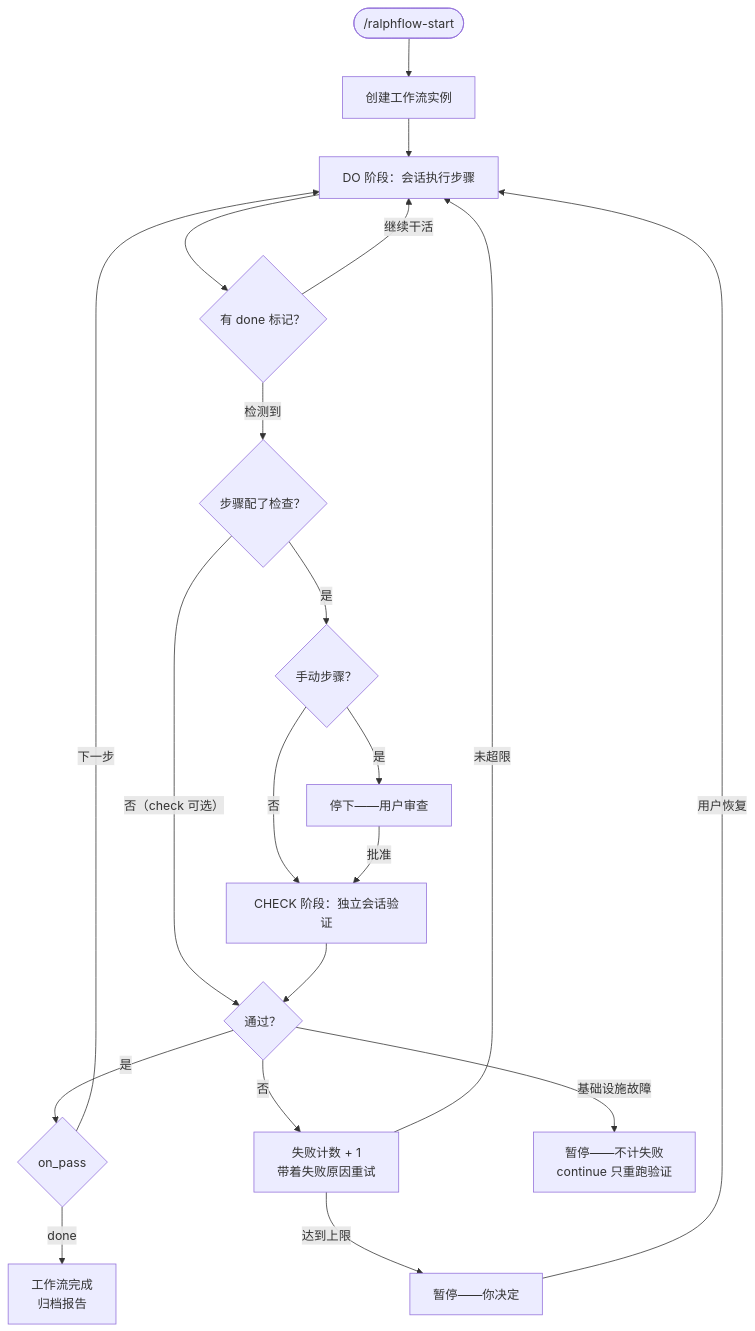
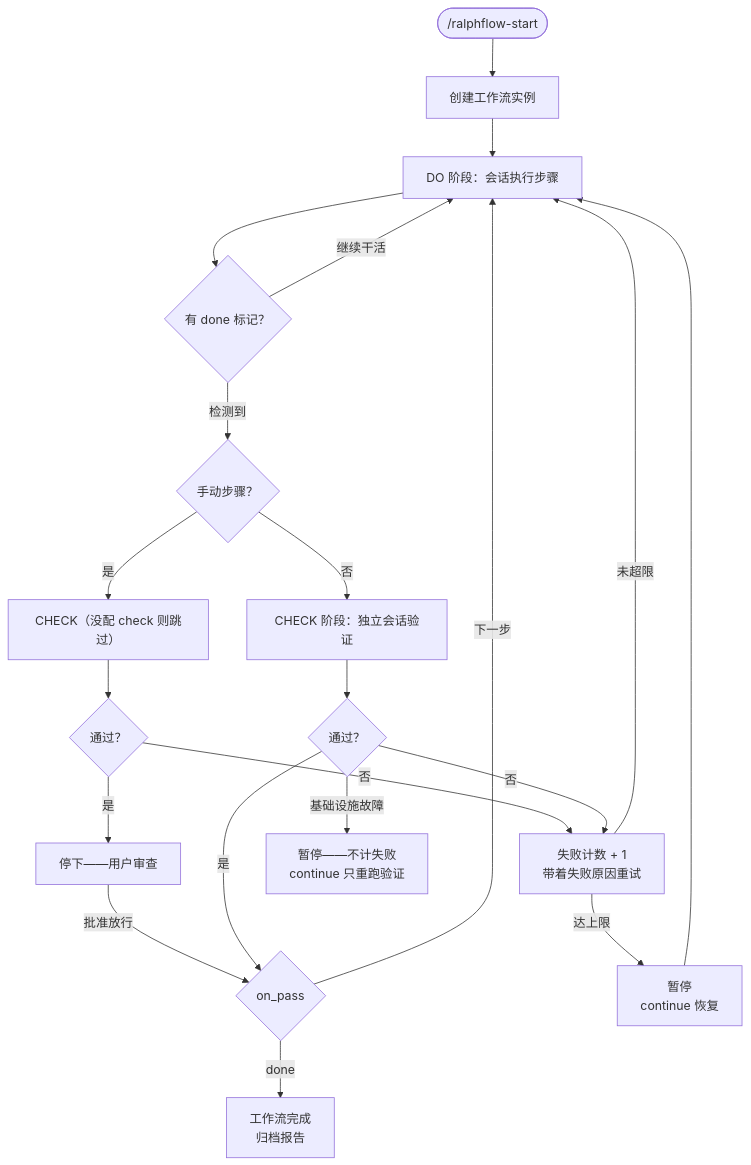
The first of 3 diagrams in src/data/readme/yibener--ralph-flow.md (qunqin24/opendock), drawn with Mermaid before and after one commit. The commit also changed other lines of this file and 51 other files, not shown here.

````diff
--- a/src/data/readme/yibener--ralph-flow.md
+++ b/src/data/readme/yibener--ralph-flow.md
@@ -21,22 +21,23 @@
 ```mermaid
 flowchart TD
     Start(["/ralphflow-start"]) --> Inst["创建工作流实例"]
     Inst --> DO["DO 阶段：会话执行步骤"]
     DO --> DoneTag{"有 done 标记？"}
     DoneTag -->|"继续干活"| DO
-    DoneTag -->|"检测到"| HasCheck{"步骤配了检查？"}
-    HasCheck -->|"否（check 可选）"| Pass
-    HasCheck -->|"是"| Manual{"手动步骤？"}
-    Manual -->|"是"| Review["停下——用户审查"]
+    DoneTag -->|"检测到"| Manual{"手动步骤？"}
     Manual -->|"否"| CHECK["CHECK 阶段：独立会话验证"]
-    Review -->|"批准"| CHECK
+    Manual -->|"是"| CHECK2["CHECK（没配 check 则跳过）"]
+    CHECK2 --> Pass2{"通过？"}
+    Pass2 -->|"是"| Review["停下——用户审查"]
+    Pass2 -->|"否"| Fail
+    Review -->|"批准放行"| Next{"on_pass"}
     CHECK --> Pass{"通过？"}
     Pass -->|"是"| Next{"on_pass"}
     Pass -->|"否"| Fail["失败计数 + 1<br/>带着失败原因重试"]
     Pass -->|"基础设施故障"| Infra["暂停——不计失败<br/>continue 只重跑验证"]
     Next -->|"下一步"| DO
     Next -->|"done"| Complete["工作流完成<br/>归档报告"]
     Fail -->|"未超限"| DO
-    Fail -->|"达到上限"| Pause["暂停——你决定"]
-    Pause -->|"用户恢复"| DO
+    Fail -->|"达上限"| Pause["暂停<br/>continue 恢复"]
+    Pause --> DO
 ```
````
